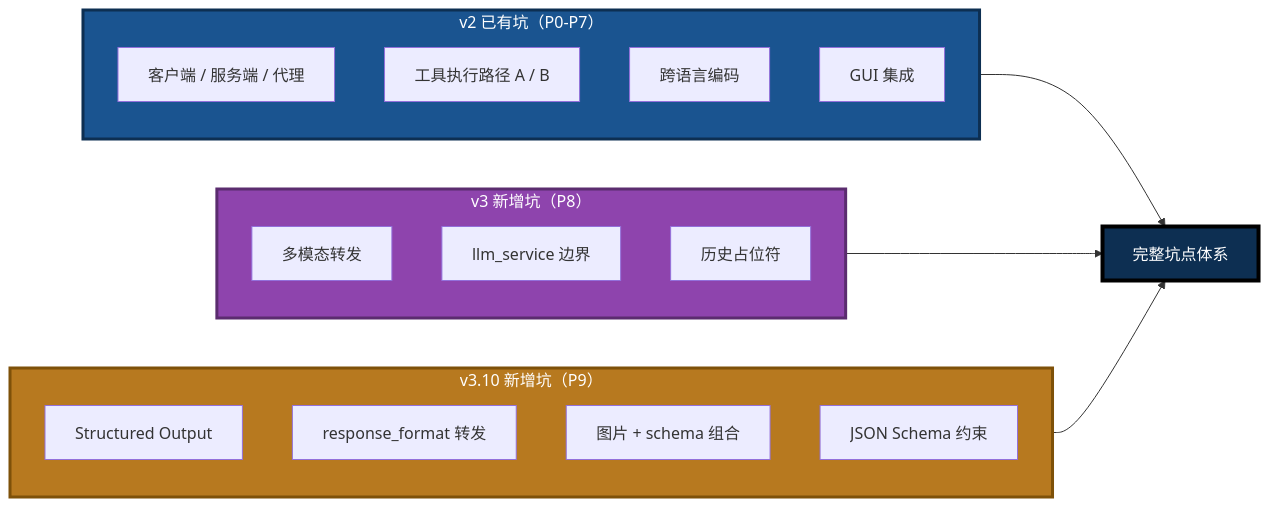
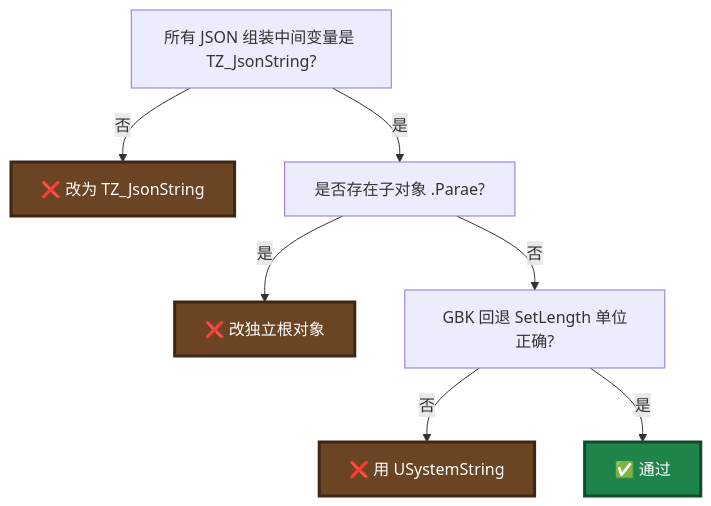
Before and after one commit to PassByYou888/LingoFuse-pasAgent-v3: diagram 15 of 16 in src/LingoFuse_LLM_Pitfalls_For_AI.md, drawn with Mermaid. The commit also changed other lines of this file, not shown here.

````diff
--- a/src/LingoFuse_LLM_Pitfalls_For_AI.md
+++ b/src/LingoFuse_LLM_Pitfalls_For_AI.md
@@ -2691,31 +1233,14 @@
 ```mermaid
-flowchart LR
-    subgraph V2["v2 已有坑（P0-P7）"]
-        A1["客户端 / 服务端 / 代理"]
-        A2["工具执行路径 A / B"]
-        A3["跨语言编码"]
-        A4["GUI 集成"]
-    end
+flowchart TD
+    E1["所有 JSON 组装中间变量是 TZ_JsonString?"] -->|否| J1["❌ 改为 TZ_JsonString"]
+    E1 -->|是| E2["是否存在子对象 .Parae?"]
+    E2 -->|是| J2["❌ 改独立根对象"]
+    E2 -->|否| E3["GBK 回退 SetLength 单位正确?"]
+    E3 -->|否| J3["❌ 用 USystemString"]
+    E3 -->|是| OK5["✅ 通过"]
 
-    subgraph V3["v3 新增坑（P8）"]
-        B1["多模态转发"]
-        B2["llm_service 边界"]
-        B3["历史占位符"]
-    end
-
-    subgraph V310["v3.10 新增坑（P9）"]
-        C1["Structured Output"]
-        C2["response_format 转发"]
-        C3["图片 + schema 组合"]
-        C4["JSON Schema 约束"]
-    end
-
-    V2 --> FULL["完整坑点体系"]
-    V3 --> FULL
-    V310 --> FULL
-
-    style V2 fill:#1A5490,stroke:#0D2F52,stroke-width:3px,color:#FFFFFF
-    style V3 fill:#8E44AD,stroke:#5B2C6F,stroke-width:3px,color:#FFFFFF
-    style V310 fill:#B7791F,stroke:#7E5109,stroke-width:3px,color:#FFFFFF
-    style FULL fill:#0D2F52,stroke:#000000,stroke-width:4px,color:#FFFFFF
+    style OK5 fill:#1E8449,stroke:#0E4D2A,stroke-width:3px,color:#FFFFFF
+    style J1 fill:#6B4423,stroke:#3D2614,stroke-width:3px,color:#FFFFFF
+    style J2 fill:#6B4423,stroke:#3D2614,stroke-width:3px,color:#FFFFFF
+    style J3 fill:#6B4423,stroke:#3D2614,stroke-width:3px,color:#FFFFFF
 ```
````
